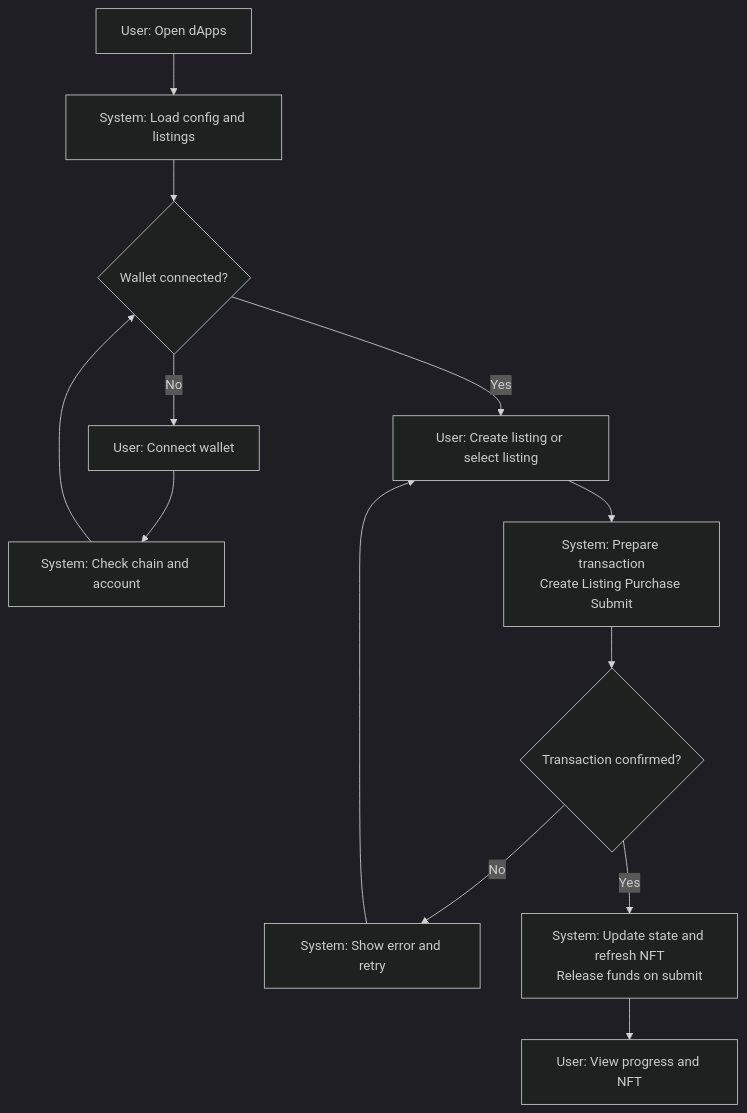
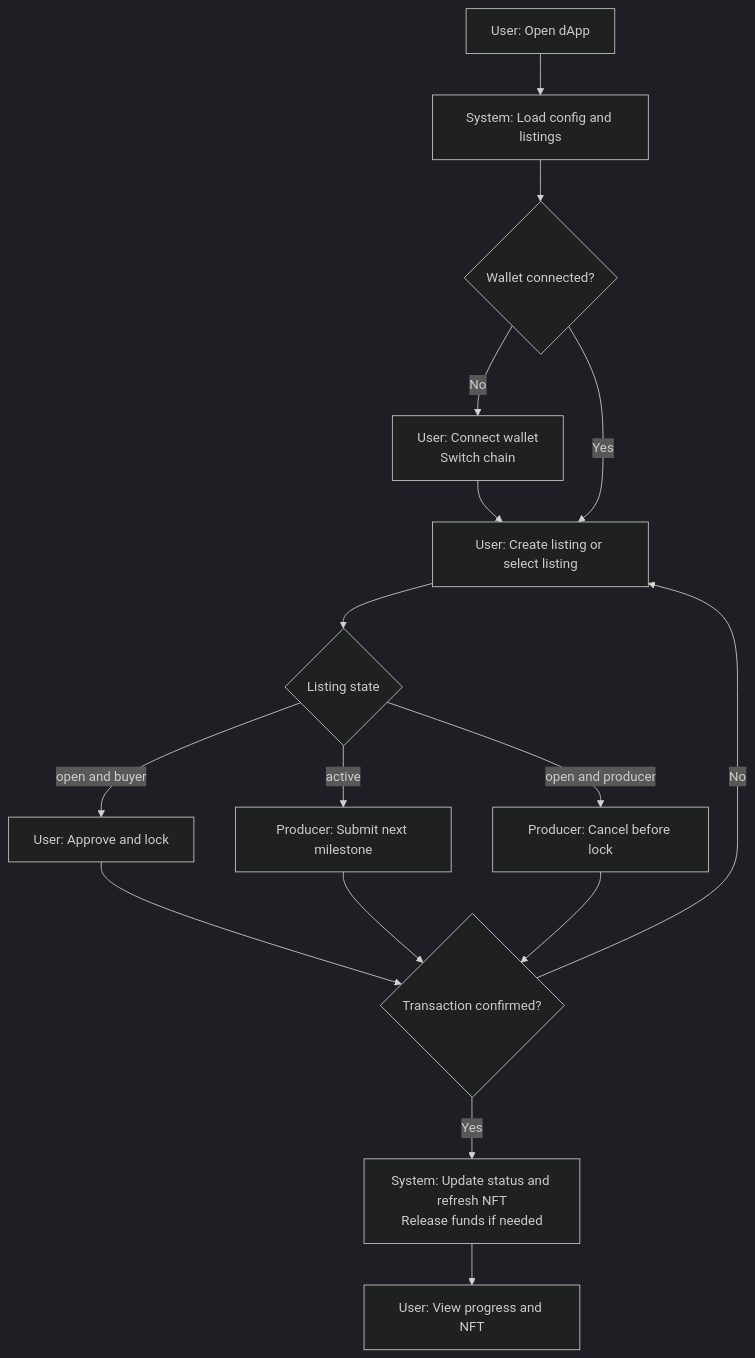
Before and after one commit to usagi917/B2B_payment: the first of 2 diagrams in README.en.md, drawn with Mermaid (dark theme). The commit also changed other lines of this file and 1 other file, not shown here.

````diff
--- a/README.en.md
+++ b/README.en.md
@@ -74,15 +74,18 @@
 ```mermaid
 graph TD
-  A[User: Open dApps] --> B[System: Load config and listings]
+  A[User: Open dApp] --> B[System: Load config and listings]
   B --> C{Wallet connected?}
-  C -->|No| D[User: Connect wallet]
-  D --> E[System: Check chain and account]
-  E --> C
-  C -->|Yes| F[User: Create listing or select listing]
-  F --> G[System: Prepare transaction<br/>Create Listing Purchase Submit]
-  G --> H{Transaction confirmed?}
-  H -->|No| I[System: Show error and retry]
-  I --> F
-  H -->|Yes| J[System: Update state and refresh NFT<br/>Release funds on submit]
-  J --> K[User: View progress and NFT]
+  C -->|No| D[User: Connect wallet<br/>Switch chain]
+  D --> E[User: Create listing or select listing]
+  C -->|Yes| E
+  E --> F{Listing state}
+  F -->|open and buyer| G[User: Approve and lock]
+  F -->|active| H[Producer: Submit next milestone]
+  F -->|open and producer| I[Producer: Cancel before lock]
+  G --> J{Transaction confirmed?}
+  H --> J
+  I --> J
+  J -->|No| E
+  J -->|Yes| K[System: Update status and refresh NFT<br/>Release funds if needed]
+  K --> L[User: View progress and NFT]
 ```
````
